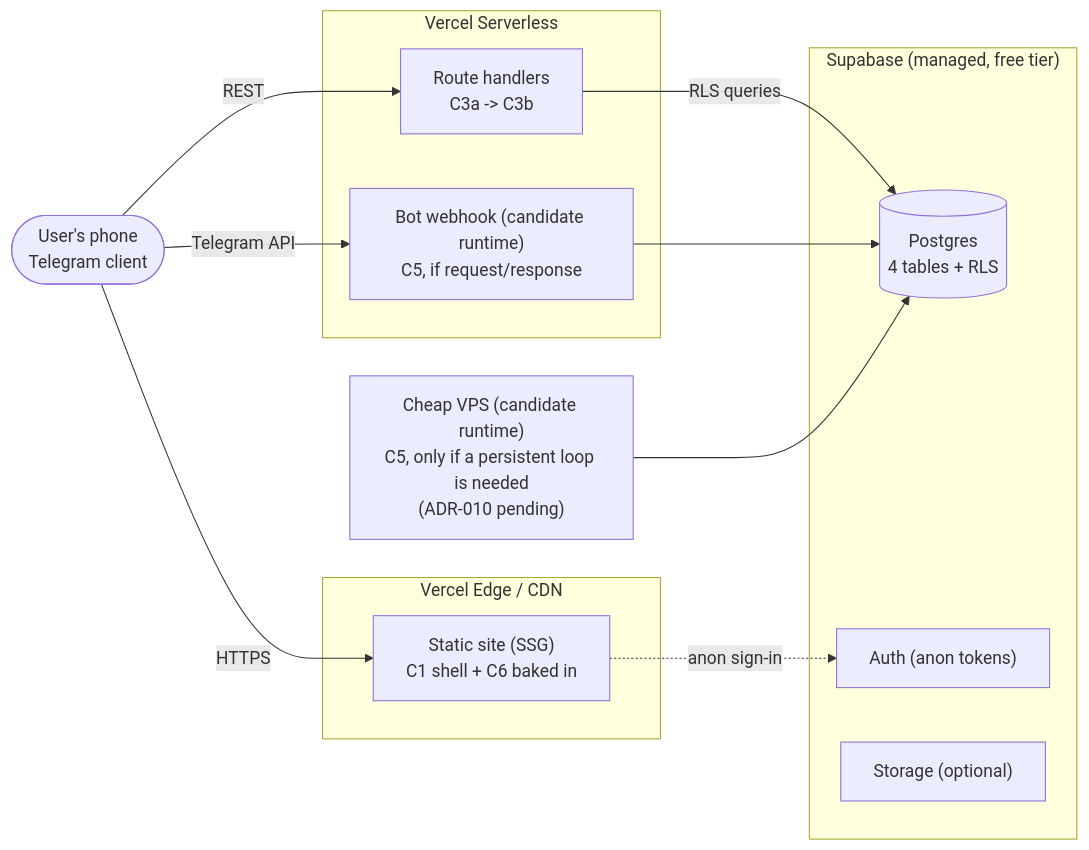
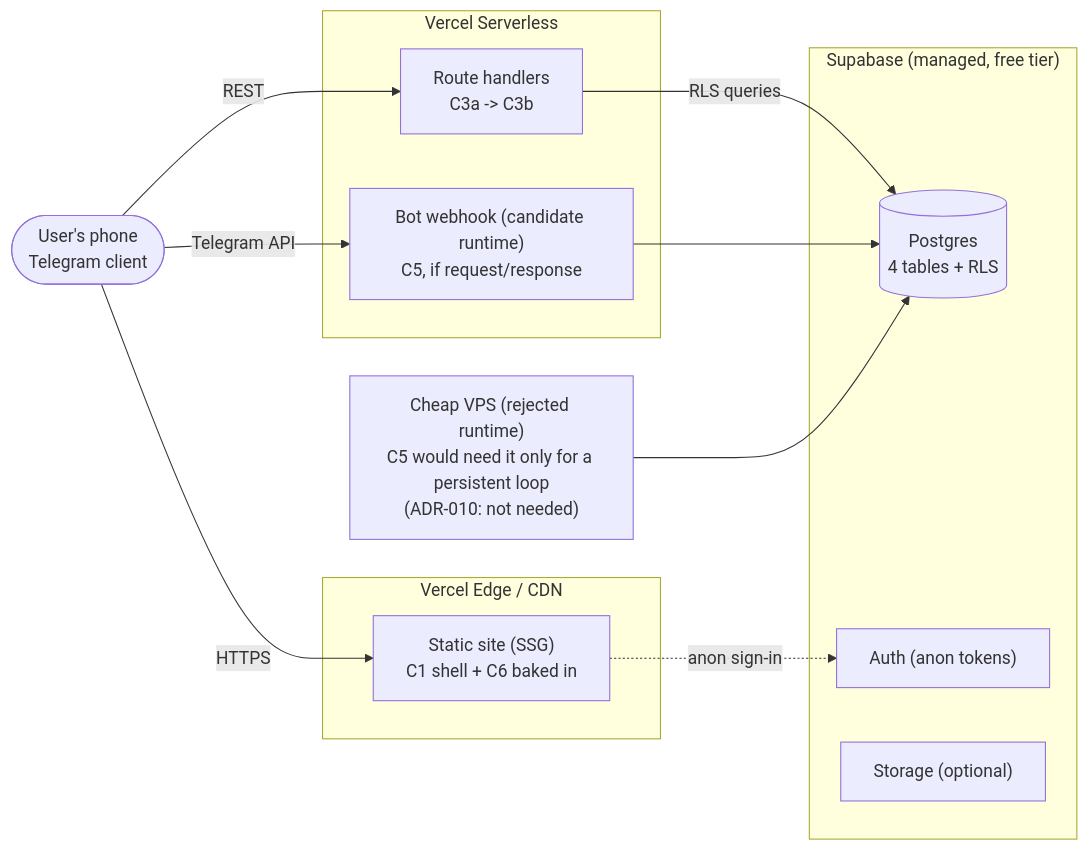
The second of 2 diagrams in docs/03-logical-components.md (PyaesoneP/enroot-g5), drawn with Mermaid before and after one commit. The commit also changed other lines of this file and 5 other files, not shown here.

````diff
--- a/docs/03-logical-components.md
+++ b/docs/03-logical-components.md
@@ -224,29 +222,29 @@
 ```mermaid
 flowchart LR
   subgraph CDN ["Vercel Edge / CDN"]
     S["Static site (SSG)<br/>C1 shell + C6 baked in"]
   end
 
   subgraph VS ["Vercel Serverless"]
     FH["Route handlers<br/>C3a -> C3b"]
     B1["Bot webhook (candidate runtime)<br/>C5, if request/response"]
   end
 
   subgraph SB ["Supabase (managed, free tier)"]
     PG[("Postgres<br/>4 tables + RLS")]
     AU["Auth (anon tokens)"]
     ST["Storage (optional)"]
   end
 
-  VPS["Cheap VPS (candidate runtime)<br/>C5, only if a persistent loop is needed<br/>(ADR-010 pending)"]
+  VPS["Cheap VPS (rejected runtime)<br/>C5 would need it only for a persistent loop<br/>(ADR-010: not needed)"]
 
   U(["User's phone<br/>Telegram client"])
 
   U -- "HTTPS" --> S
   U -- "REST" --> FH
   FH -- "RLS queries" --> PG
   S -. "anon sign-in" .-> AU
   U -- "Telegram API" --> B1
   B1 --> PG
   VPS --> PG
 ```
````
